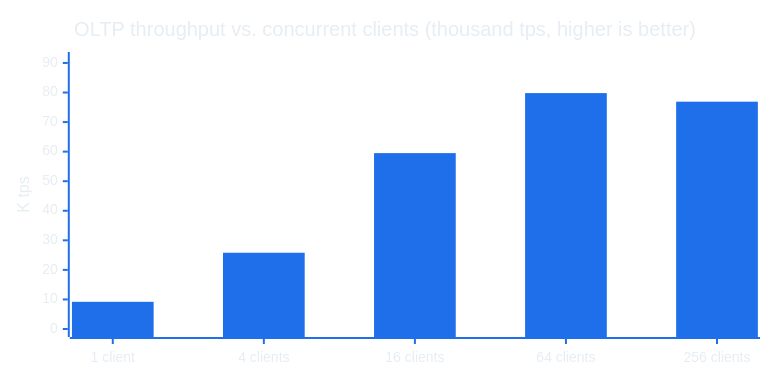
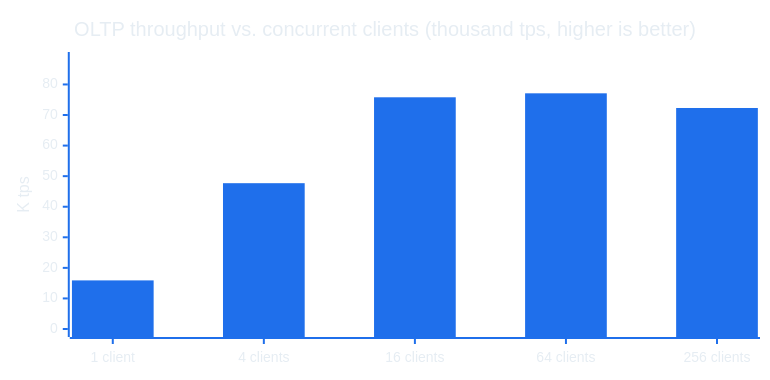
One commit to DataDalton/Zyron changed the second of 4 diagrams in README.md. Above: the diagram before and after it, drawn with Mermaid. The commit also changed other lines of this file and 10 other files, not shown here.

````diff
--- a/README.md
+++ b/README.md
@@ -203,8 +203,8 @@
 ```mermaid
 %%{init: {'theme':'base','themeVariables':{'xyChart':{'backgroundColor':'transparent','titleColor':'#e6edf3','xAxisLabelColor':'#e6edf3','xAxisTitleColor':'#e6edf3','xAxisTickColor':'#1f6feb','xAxisLineColor':'#1f6feb','yAxisLabelColor':'#e6edf3','yAxisTitleColor':'#e6edf3','yAxisTickColor':'#1f6feb','yAxisLineColor':'#1f6feb','plotColorPalette':'#1f6feb'}},'xyChart':{'width':750,'height':360}}}%%
 xychart-beta
     title "OLTP throughput vs. concurrent clients (thousand tps, higher is better)"
     x-axis ["1 client", "4 clients", "16 clients", "64 clients", "256 clients"]
-    y-axis "K tps" 0 --> 91
-    bar [9.2, 25.8, 59.5, 79.8, 76.9]
+    y-axis "K tps" 0 --> 88
+    bar [15.9, 47.7, 75.8, 77.1, 72.3]
 ```
````
